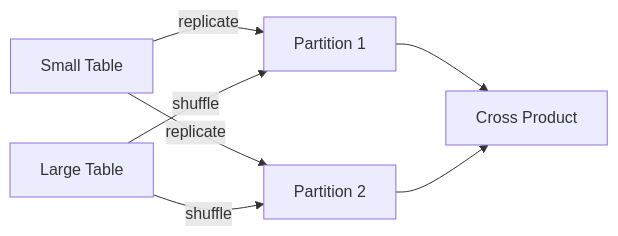
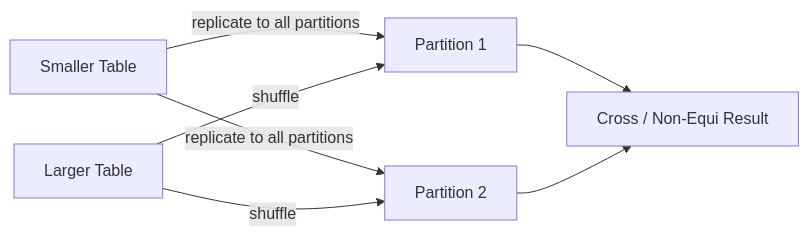
Before and after one commit to mahfooziiitian/spark-batch: the diagram in spark-sql/docs/join/strategy/srnlp.md, drawn with Mermaid. The commit also changed other lines of this file and 223 other files, not shown here.

````diff
--- a/spark-sql/docs/join/strategy/srnlp.md
+++ b/spark-sql/docs/join/strategy/srnlp.md
@@ -9,9 +9,9 @@
 ```mermaid
 graph LR
-    S[Small Table] -->|replicate| P1[Partition 1]
-    S -->|replicate| P2[Partition 2]
-    L[Large Table] -->|shuffle| P1
+    S[Smaller Table] -->|replicate to all partitions| P1[Partition 1]
+    S -->|replicate to all partitions| P2[Partition 2]
+    L[Larger Table] -->|shuffle| P1
     L -->|shuffle| P2
-    P1 --> O[Cross Product]
+    P1 --> O[Cross / Non-Equi Result]
     P2 --> O
 ```
````
